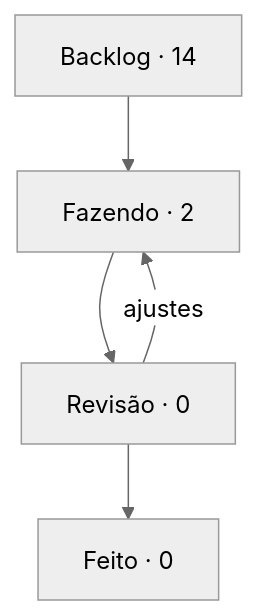
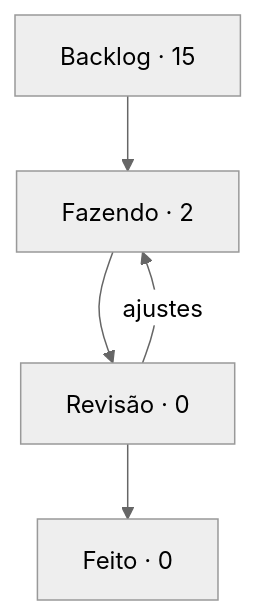
One commit to StudioVibi/VibiKanban changed the diagram in boards/dungeon-bend/BOARD.md. Above: the diagram before and after it, drawn with Mermaid (neutral theme). The commit also changed other lines of this file and 2 other files, not shown here.

````diff
--- a/boards/dungeon-bend/BOARD.md
+++ b/boards/dungeon-bend/BOARD.md
@@ -5,10 +5,10 @@
 ```mermaid
 flowchart TD
-  backlog["Backlog · 14"] --> doing["Fazendo · 2"]
+  backlog["Backlog · 15"] --> doing["Fazendo · 2"]
   doing --> review["Revisão · 0"]
   review --> done["Feito · 0"]
   review -->|ajustes| doing
   doing:::blue
   review:::yellow
   done:::green
 ```
````
